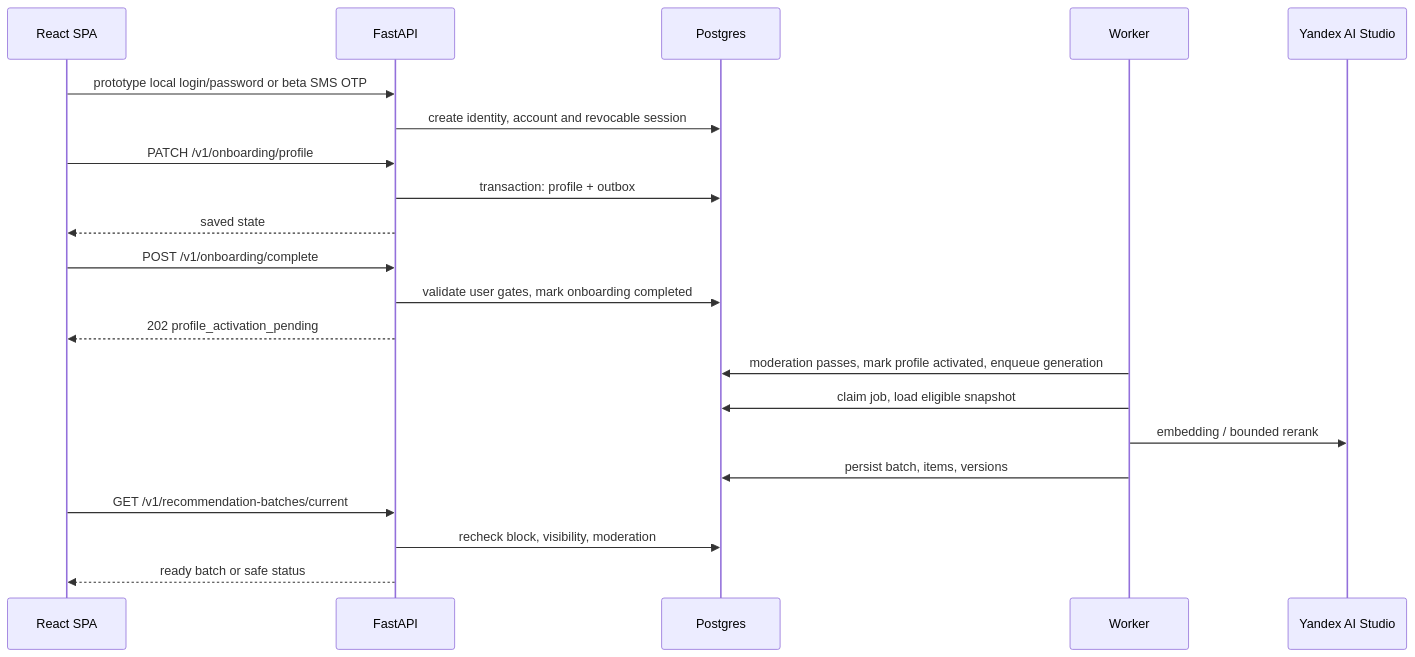
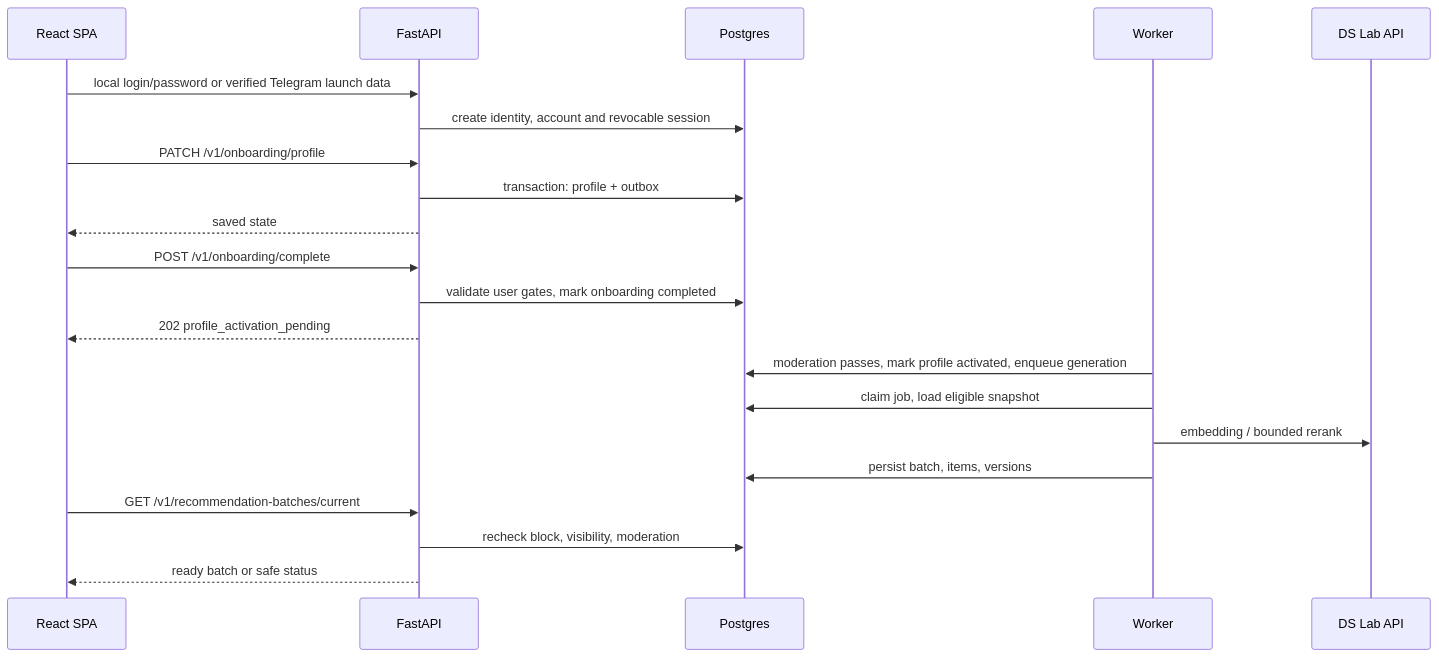
One commit to ek2kk/ai-matchmaker changed the second of 2 diagrams in docs/architecture/overview.md. Above: the diagram before and after it, drawn with Mermaid. The commit also changed other lines of this file and 56 other files, not shown here.

````diff
--- a/docs/architecture/overview.md
+++ b/docs/architecture/overview.md
@@ -67,24 +67,24 @@
 ```mermaid
 sequenceDiagram
     participant C as React SPA
     participant A as FastAPI
     participant D as Postgres
     participant W as Worker
-    participant M as Yandex AI Studio
+    participant M as DS Lab API
 
-    C->>A: prototype local login/password or beta SMS OTP
+    C->>A: local login/password or verified Telegram launch data
     A->>D: create identity, account and revocable session
     C->>A: PATCH /v1/onboarding/profile
     A->>D: transaction: profile + outbox
     A-->>C: saved state
     C->>A: POST /v1/onboarding/complete
     A->>D: validate user gates, mark onboarding completed
     A-->>C: 202 profile_activation_pending
     W->>D: moderation passes, mark profile activated, enqueue generation
     W->>D: claim job, load eligible snapshot
     W->>M: embedding / bounded rerank
     W->>D: persist batch, items, versions
     C->>A: GET /v1/recommendation-batches/current
     A->>D: recheck block, visibility, moderation
     A-->>C: ready batch or safe status
 ```
````
